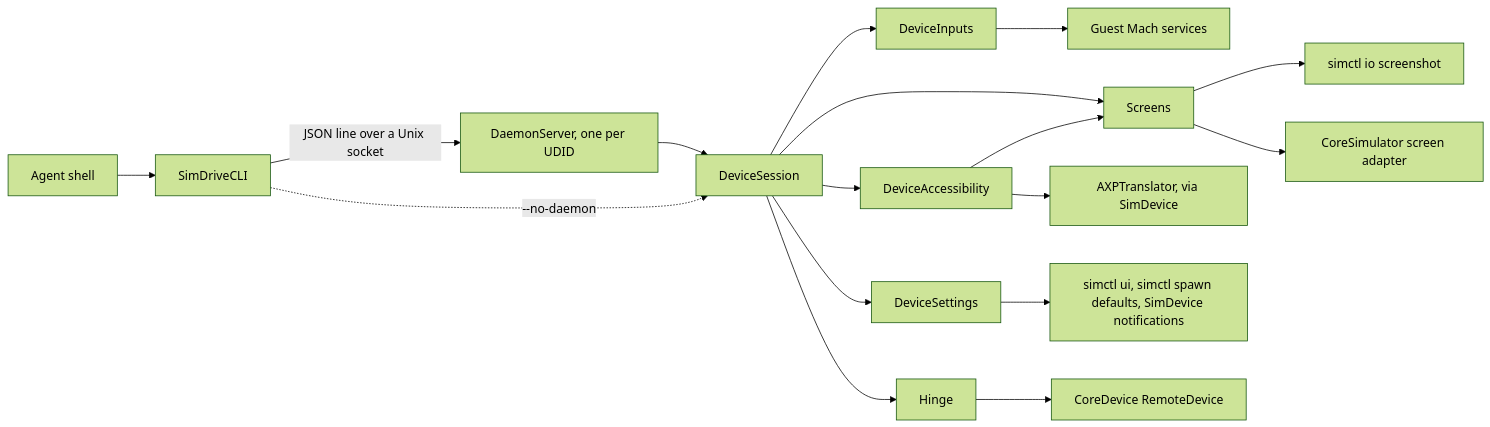
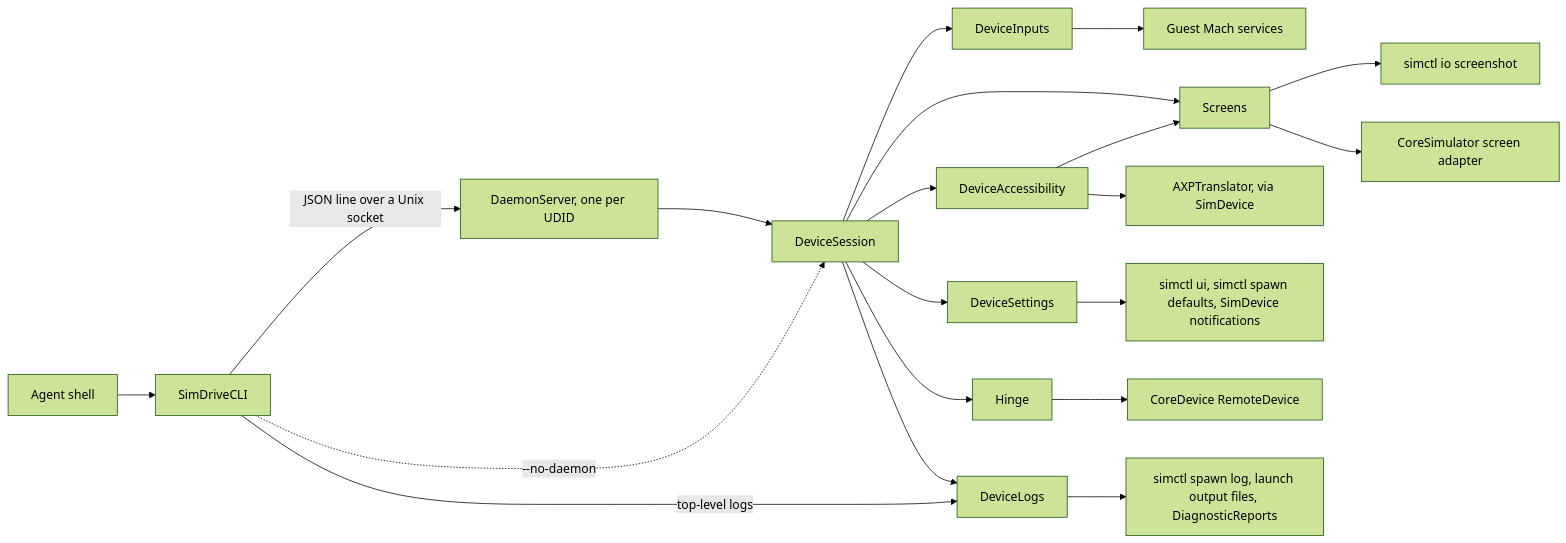
Before and after one commit to gbanfalvi/app-simdrive: the diagram in docs/architecture.md, drawn with Mermaid (forest theme). The commit also changed other lines of this file and 29 other files, not shown here.

Commit message:
Add device logs: logs command, run --logs, launch output capture and crash summaries

````diff
--- a/docs/architecture.md
+++ b/docs/architecture.md
@@ -17,19 +17,22 @@
 ```mermaid
 flowchart LR
   Shell["Agent shell"] --> CLI["SimDriveCLI"]
   CLI -->|"JSON line over a Unix socket"| Daemon["DaemonServer, one per UDID"]
   CLI -.->|"--no-daemon"| Session
+  CLI -->|"top-level logs"| Logs
   Daemon --> Session["DeviceSession"]
   Session --> Inputs["DeviceInputs"]
   Session --> Screens["Screens"]
   Session --> AX["DeviceAccessibility"]
   Session --> Settings["DeviceSettings"]
   Session --> Hinge["Hinge"]
+  Session --> Logs["DeviceLogs"]
+  Logs --> LogTool["simctl spawn log, launch output files, DiagnosticReports"]
   AX --> Screens
   Inputs --> Guest["Guest Mach services"]
   Screens --> Simctl["simctl io screenshot"]
   Screens --> Adapter["CoreSimulator screen adapter"]
   Hinge --> CoreDevice["CoreDevice RemoteDevice"]
   AX --> Translator["AXPTranslator, via SimDevice"]
   Settings --> Spawn["simctl ui, simctl spawn defaults, SimDevice notifications"]
 ```
````
